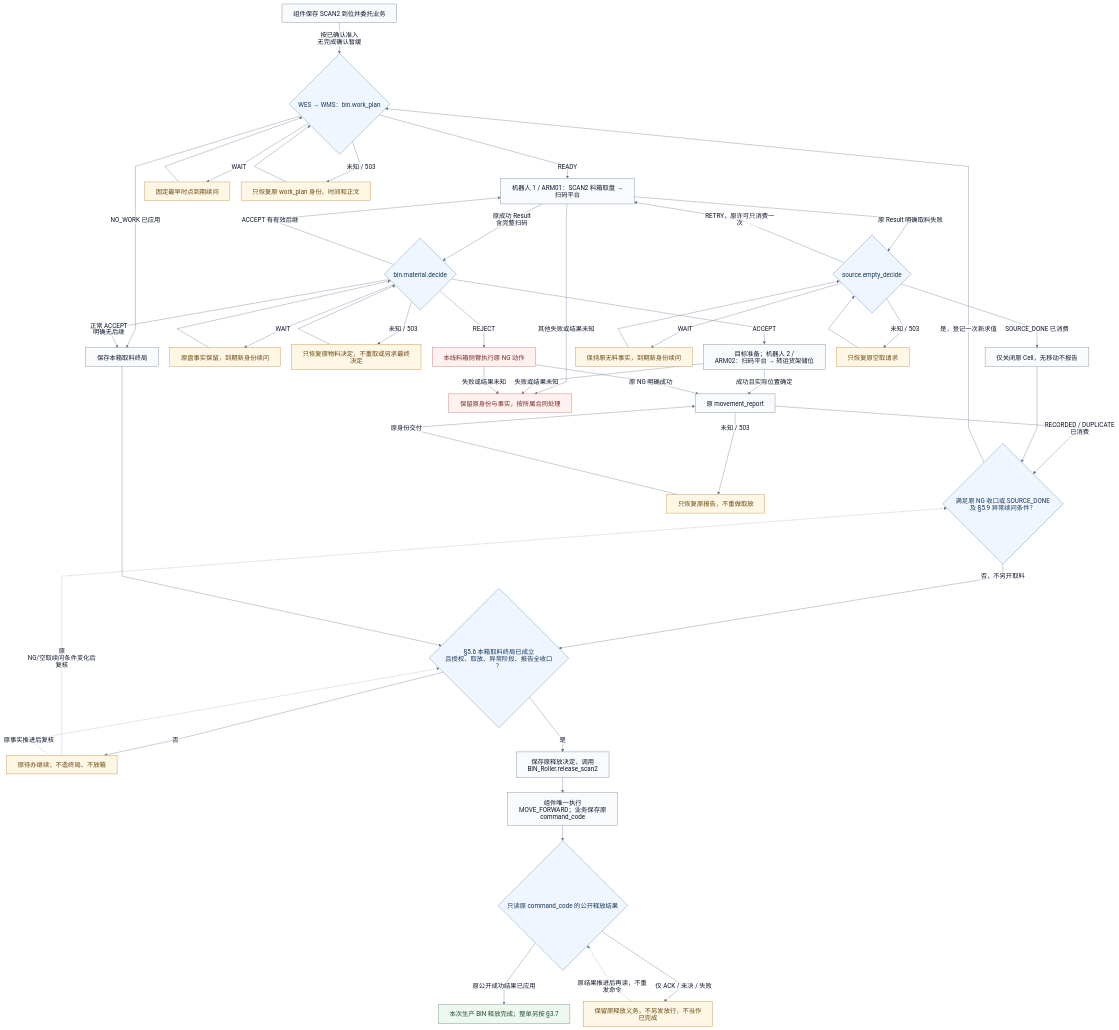
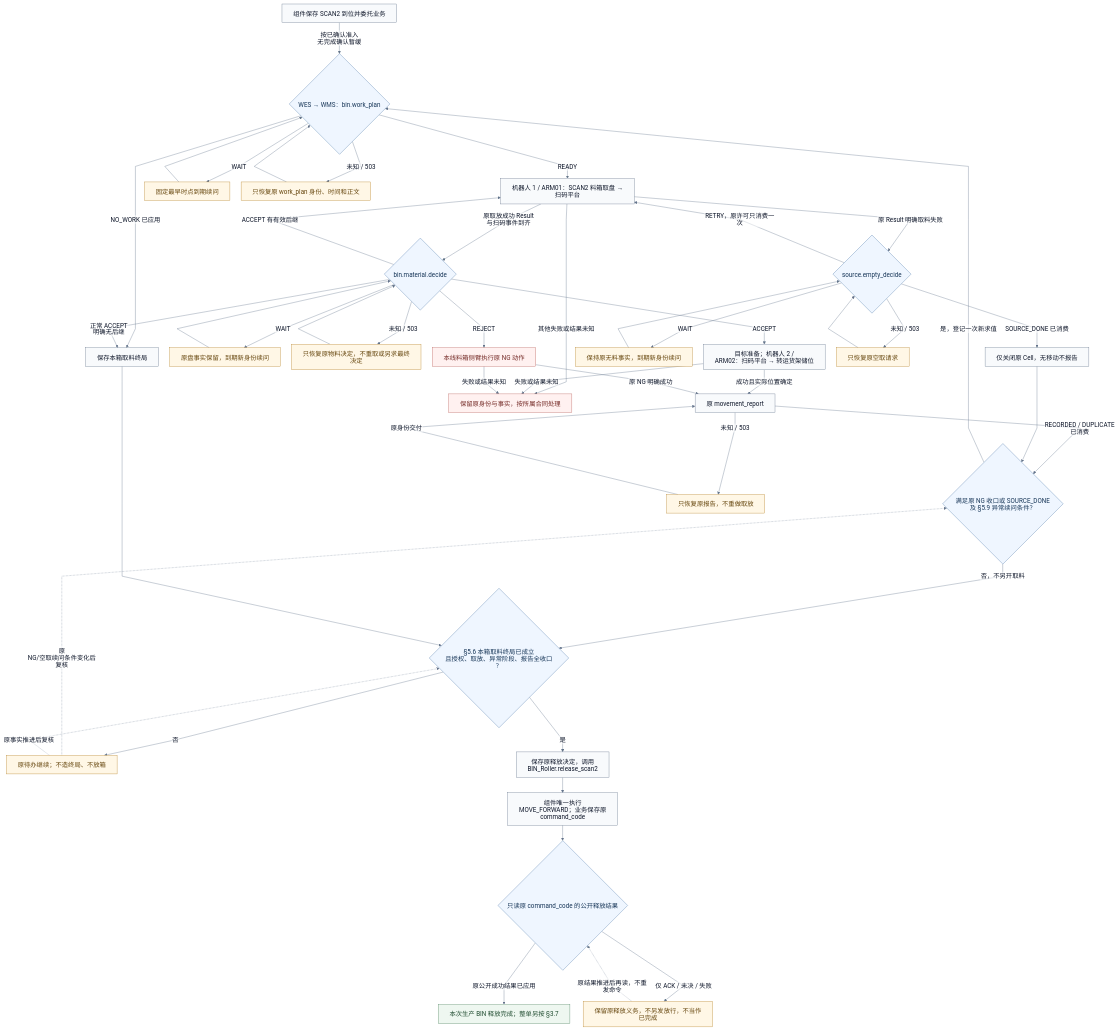
The second of 4 diagrams in docs/integrations/smt-auto-api.md (kaizhoumasha/maintenance-admin), drawn with Mermaid before and after one commit. The commit also changed other lines of this file and 7 other files, not shown here.

````diff
--- a/docs/integrations/smt-auto-api.md
+++ b/docs/integrations/smt-auto-api.md
@@ -238,56 +238,56 @@
 ```mermaid
 %%{init: {"htmlLabels":false,"theme":"base","flowchart":{"htmlLabels":false,"padding":16,"nodeSpacing":32,"rankSpacing":44,"curve":"linear","wrappingWidth":320,"diagramPadding":20},"themeVariables":{"fontFamily":"sans-serif","fontSize":"18px","lineColor":"#64748b","edgeLabelBackground":"#ffffff","primaryColor":"#f8fafc","primaryTextColor":"#0f172a","primaryBorderColor":"#64748b"},"fontFamily":"sans-serif"}}%%
 flowchart TB
     B0["组件保存 SCAN2 到位并委托业务"] -->|按已确认准入<br/>无完成确认暂缓| B1{"WES → WMS：bin.work_plan"}
     B1 -->|READY| B2["机器人 1 / ARM01：SCAN2 料箱取盘 → 扫码平台"]
     B1 -->|WAIT| BW["固定最早时点到期续问"]
     BW --> B1
     B1 -->|未知 / 503| BWP["只恢复原 work_plan 身份、时间和正文"]
     BWP --> B1
     B1 -->|NO_WORK 已应用| BT["保存本箱取料终局"]
-    B2 -->|原成功 Result 含完整扫码| B3{"bin.material.decide"}
+    B2 -->|原取放成功 Result 与扫码事件到齐| B3{"bin.material.decide"}
     B3 -->|WAIT| BDW["原盘事实保留，到期新身份续问"]
     BDW --> B3
     B3 -->|未知 / 503| BMP["只恢复原物料决定，不重取或另求最终决定"]
     BMP --> B3
     B3 -->|ACCEPT| B4["目标准备；机器人 2 / ARM02：扫码平台 → 转运货架储位"]
     B3 -->|ACCEPT 有有效后继| B2
     B3 -->|正常 ACCEPT 明确无后继| BT
     B3 -->|REJECT| BNG["本线料箱侧臂执行原 NG 动作"]
     B4 -->|成功且实际位置确定| B5["原 movement_report"]
     BNG -->|原 NG 明确成功| B5
     B5 -->|RECORDED / DUPLICATE 已消费| BA{"满足原 NG 收口或 SOURCE_DONE<br/>及 §5.9 异常续问条件？"}
     B5 -->|未知 / 503| BREP["只恢复原报告，不重做取放"]
     BREP -->|原身份交付| B5
     B2 -->|原 Result 明确取料失败| BE{"source.empty_decide"}
     BE -->|WAIT| BEW["保持原无料事实，到期新身份续问"]
     BEW --> BE
     BE -->|RETRY，原许可只消费一次| B2
     BE -->|SOURCE_DONE 已消费| BSC["仅关闭原 Cell，无移动不报告"]
     BSC --> BA
     BA -->|是，登记一次新求值| B1
     BA -->|否，不另开取料| BC{"§5.6 本箱取料终局已成立<br/>且授权、取放、异常阶段、报告全收口？"}
     BT --> BC
     BC -->|否| BP["原待办继续；不造终局、不放箱"]
     BP -.->|原 NG/空取续问条件变化后复核| BA
     BP -.->|原事实推进后复核| BC
     BC -->|是| B6["保存原释放决定，调用 BIN_Roller.release_scan2"]
     B6 --> BREL["组件唯一执行 MOVE_FORWARD；业务保存原 command_code"]
     BREL --> BRES{"只读原 command_code 的公开释放结果"}
     BRES -->|原公开成功结果已应用| BDONE["本次生产 BIN 释放完成；整单另按 §3.7"]
     BRES -->|仅 ACK / 未决 / 失败| BH["保留原释放义务，不另发放行，不当作已完成"]
     BH -.->|原结果推进后再读，不重发命令| BRES
     B2 -->|其他失败或结果未知| BU["保留原身份与事实，按所属合同处理"]
     B4 -->|失败或结果未知| BU
     BNG -->|失败或结果未知| BU
     BE -->|未知 / 503| BUP["只恢复原空取请求"]
     BUP --> BE
     classDef decision fill:#eff6ff,stroke:#4d76a8,color:#173658
     classDef waiting fill:#fff7e6,stroke:#b58127,color:#65450c
     classDef attention fill:#fff1f0,stroke:#b85d58,color:#742a26
     classDef done fill:#eef7f0,stroke:#508462,color:#214d31
     class B1,B3,BE,BA,BC,BRES decision
     class BW,BDW,BEW,BP,BREP,BH,BUP,BWP,BMP waiting
     class BNG,BU attention
     class BDONE done
 ```
````
